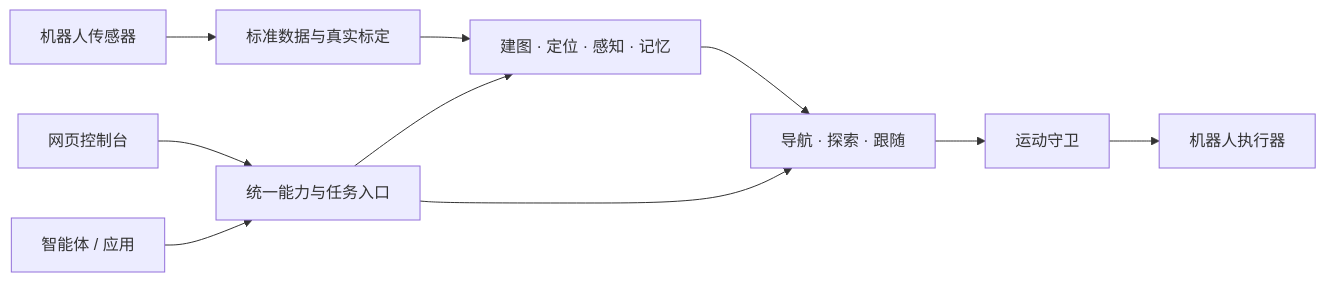
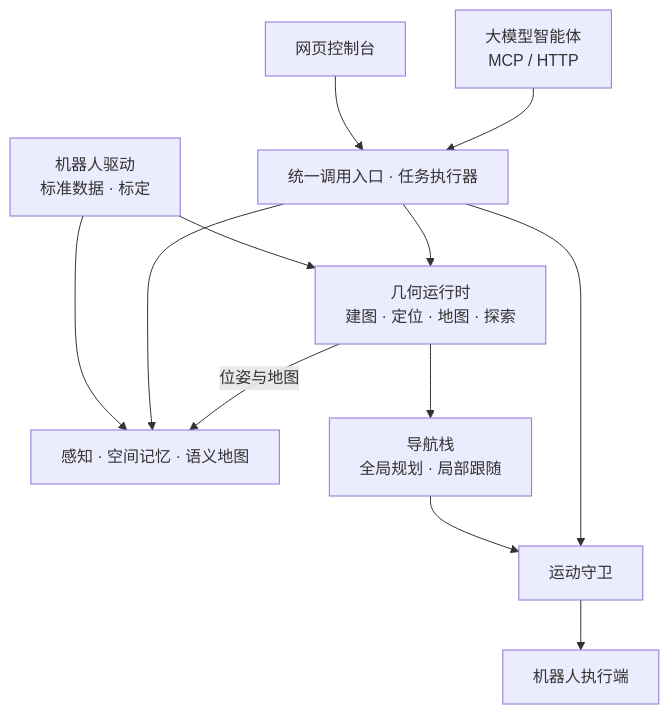
The second of 2 diagrams in README.md (Molun0301/nuwax-embodied-harness), drawn with Mermaid before and after one commit. The commit also changed other lines of this file, not shown here.

````diff
--- a/README.md
+++ b/README.md
@@ -43,12 +106,14 @@
 ```mermaid
-flowchart LR
-    R[机器人传感器] --> D[标准数据与真实标定]
-    D --> S[建图 · 定位 · 感知 · 记忆]
-    H[网页控制台] --> G[统一能力与任务入口]
-    A[智能体 / 应用] --> G
-    G --> S
-    G --> N[导航 · 探索 · 跟随]
-    S --> N
-    N --> M[运动守卫]
-    M --> E[机器人执行器]
+flowchart TB
+    H[网页控制台] --> G[统一调用入口 · 任务执行器]
+    A[大模型智能体<br/>MCP / HTTP] --> G
+    D[机器人驱动<br/>标准数据 · 标定] --> GEO[几何运行时<br/>建图 · 定位 · 地图 · 探索]
+    D --> P[感知 · 空间记忆 · 语义地图]
+    G --> GEO
+    G --> P
+    GEO -- 位姿与地图 --> P
+    GEO --> NAV[导航栈<br/>全局规划 · 局部跟随]
+    NAV --> M[运动守卫]
+    G --> M
+    M --> E[机器人执行端]
 ```
````
